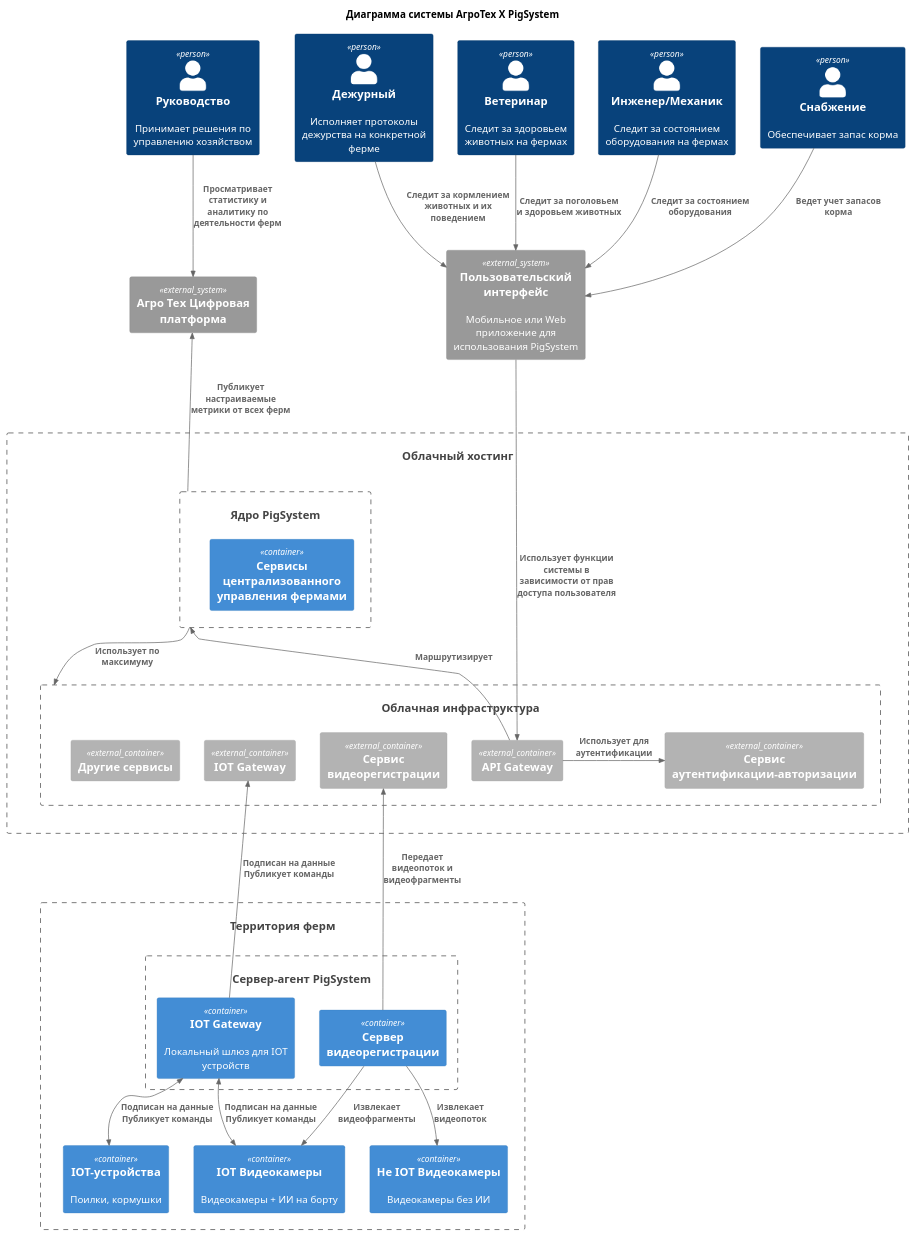
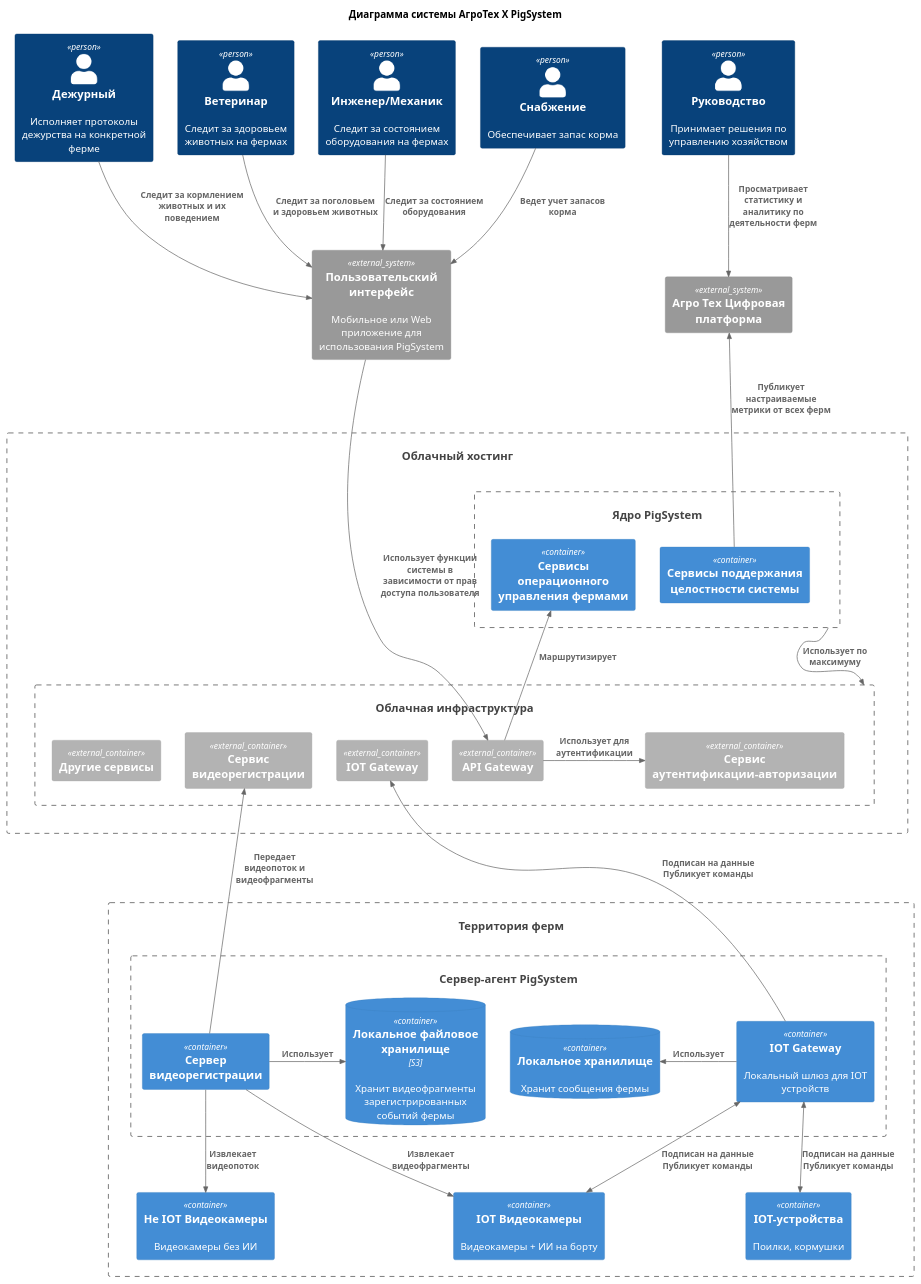
The diagram in Task2/Container-option-Cloud+Agent MVP.puml (ane-ta/ms-agrotech), drawn with PlantUML before and after one commit.

Commit message:
docs: C2Options - FileDb and CenterServices description added

```diff
--- a/Task2/Container-option-Cloud+Agent MVP.puml
+++ b/Task2/Container-option-Cloud+Agent MVP.puml
@@ -1,78 +1,84 @@
 @startuml
 title Диаграмма системы АгроТех Х PigSystem
 
 !includeurl https://raw.githubusercontent.com/RicardoNiepel/C4-PlantUML/master/C4_Component.puml
 Person(userDir, "Руководство", "Принимает решения по управлению хозяйством")
 Person(userOnDuty, "Дежурный", "Исполняет протоколы дежурства на конкретной ферме")
 Person(userVet, "Ветеринар", "Следит за здоровьем животных на фермах")
 Person(userMech, "Инженер/Механик", "Следит за состоянием оборудования на фермах")
 Person(userSupply, "Снабжение", "Обеспечивает запас корма")
 
 System_Ext(sysAgroTech, "Агро Тех Цифровая платформа")
 
 System_Ext(appUsing, "Пользовательский интерфейс", "Mобильное или Web приложение для использования PigSystem")
-Lay_Right(sysAgroTech, appUsing)
+Lay_Right(appUsing, sysAgroTech)
 
 System_Ext(sysCloud, "Облачный хостинг", "")
 Container_Boundary(sysCloud, ""){
     
     System(cntCloudServices, "Облачная инфраструктура", "")
     Container_Boundary(cntCloudServices, "Облачные сервисы"){
         Container_Ext(cmpIOTGateway, "IOT Gateway")
         Container_Ext(cmpAPIGateway, "API Gateway")
         Container_Ext(cmpUsersManagement, "Сервис аутентификации-авторизации")
         Container_Ext(cmpVideo, "Сервис видеорегистрации")
         Container_Ext(cmpCloudServicesOther, "Другие сервисы")
     }
 
     System(sysCenter, " Ядро PigSystem", "")
     Container_Boundary(sysCenter,""){
-        Container(cntManagementServices, "Сервисы централизованного управления фермами")
+        Container(cntCenterServices, "Сервисы поддержания целостности системы")
+        Container(cntManagementServices, "Сервисы операционного управления фермами")
     }
 }
 
 System(sysFarm, "Территория ферм", "")
 Container_Boundary(sysFarm, ""){
     Container(cntEdgeDevices, "IOT-устройства", "", "Поилки, кормушки")
     Container(cntEdgeIOTCameras, "IOT Видеокамеры", "", "Видеокамеры + ИИ на борту")
     Container(cntEdgeCameras, "Не IOT Видеокамеры", "", "Видеокамеры без ИИ")
 
     System(sysEdgeAgent, "Сервер-агент PigSystem", "")
     Container_Boundary(sysEdgeAgent, ""){
         Container(cntAgentVideo, "Сервер видеорегистрации", "")
         Container(cntAgentIOTGateway, "IOT Gateway", "", "Локальный шлюз для IOT устройств")
+        ContainerDb(cntAgentDb, "Локальное хранилище", "", "Хранит сообщения фермы")
+        ContainerDb(cntAgentFileDb, "Локальное файловое хранилище", "S3", "Хранит видеофрагменты зарегистрированных событий фермы")
     }
 }
 Lay_Down(sysCenter, cntCloudServices)
 Lay_Down(sysCloud, sysFarm)
 Lay_Down(cntCloudServices, sysFarm)
 
 'using systems
 Rel_Down(userDir, sysAgroTech, "Просматривает статистику и аналитику по деятельности ферм")
 Rel_Down(userOnDuty, appUsing, "Следит за кормлением животных и их поведением")
 Rel_Down(userVet, appUsing, "Следит за поголовьем и здоровьем животных")
 Rel_Down(userMech, appUsing, "Следит за состоянием оборудования")
 Rel_Down(userSupply, appUsing, "Ведет учет запасов корма")
 
 Rel_Down(appUsing, cmpAPIGateway, "Использует функции системы в зависимости от прав доступа пользователя")
 
-Rel_Up(sysCenter, sysAgroTech, "Публикует настраиваемые метрики от всех ферм")
+Rel_Up(cntCenterServices, sysAgroTech, "Публикует настраиваемые метрики от всех ферм")
 
 'internal
 Rel(sysCenter, cntCloudServices, "Использует по максимуму")
-Rel(cmpAPIGateway, sysCenter, "Маршрутизирует")
+Rel(cmpAPIGateway, cntManagementServices, "Маршрутизирует")
 Rel_Right(cmpAPIGateway, cmpUsersManagement, "Использует для\nаутентификации")
 
 
 'slave
 Rel_Up(cntAgentIOTGateway, cmpIOTGateway, "Подписан на данные\nПубликует команды")
 
 BiRel(cntAgentIOTGateway, cntEdgeDevices, "Подписан на данные\nПубликует команды")
 BiRel(cntAgentIOTGateway, cntEdgeIOTCameras, "Подписан на данные\nПубликует команды")
 
 Rel(cntAgentVideo, cmpVideo, "Передает\nвидеопоток и видеофрагменты")
 
 Rel(cntAgentVideo, cntEdgeCameras, "Извлекает\nвидеопоток")
 Rel(cntAgentVideo, cntEdgeIOTCameras, "Извлекает\nвидеофрагменты")
 
+Rel_Right(cntAgentVideo, cntAgentFileDb, "Использует")
+Rel_Left(cntAgentIOTGateway, cntAgentDb, "Использует")
+
 @enduml
```
